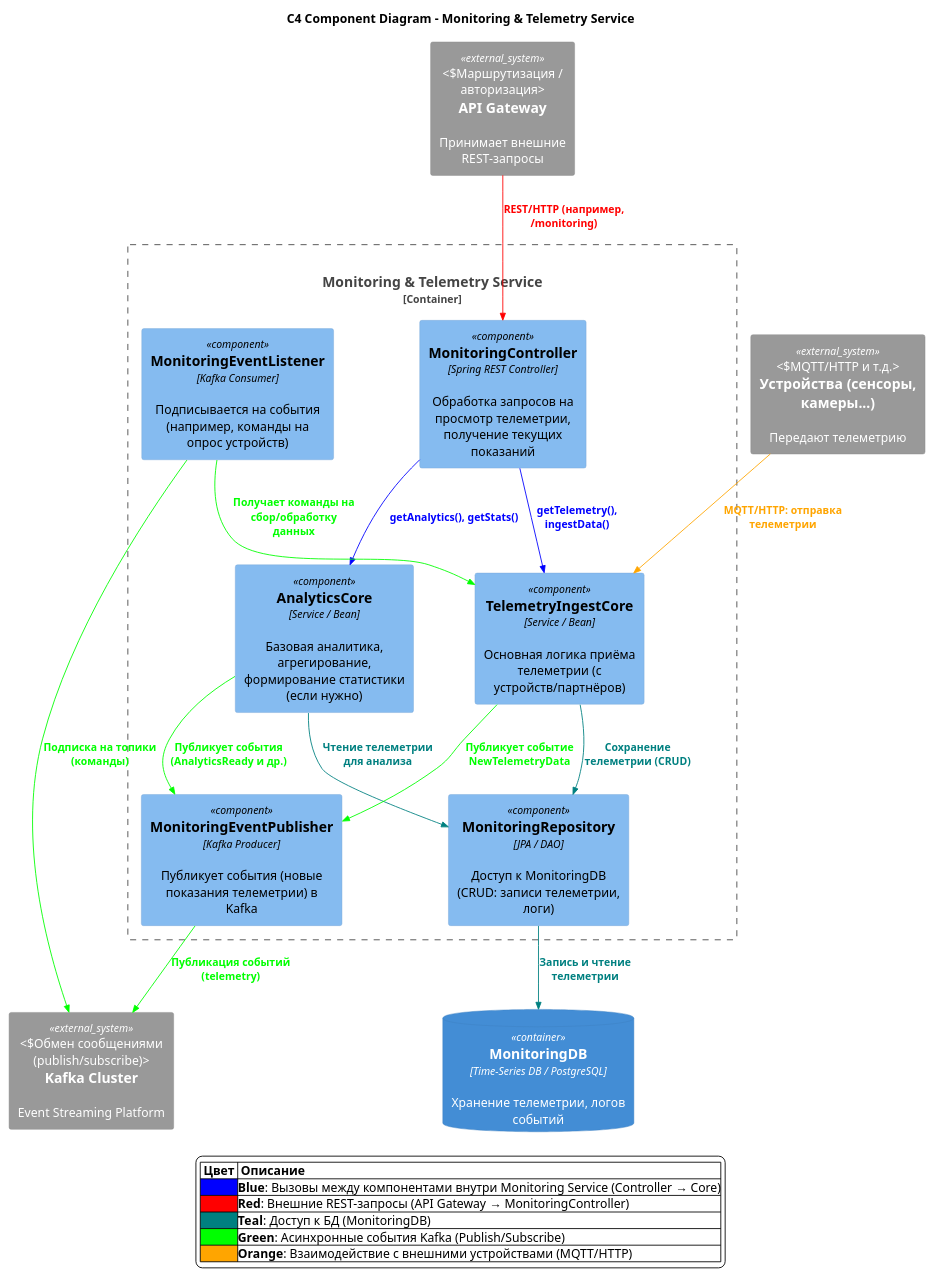
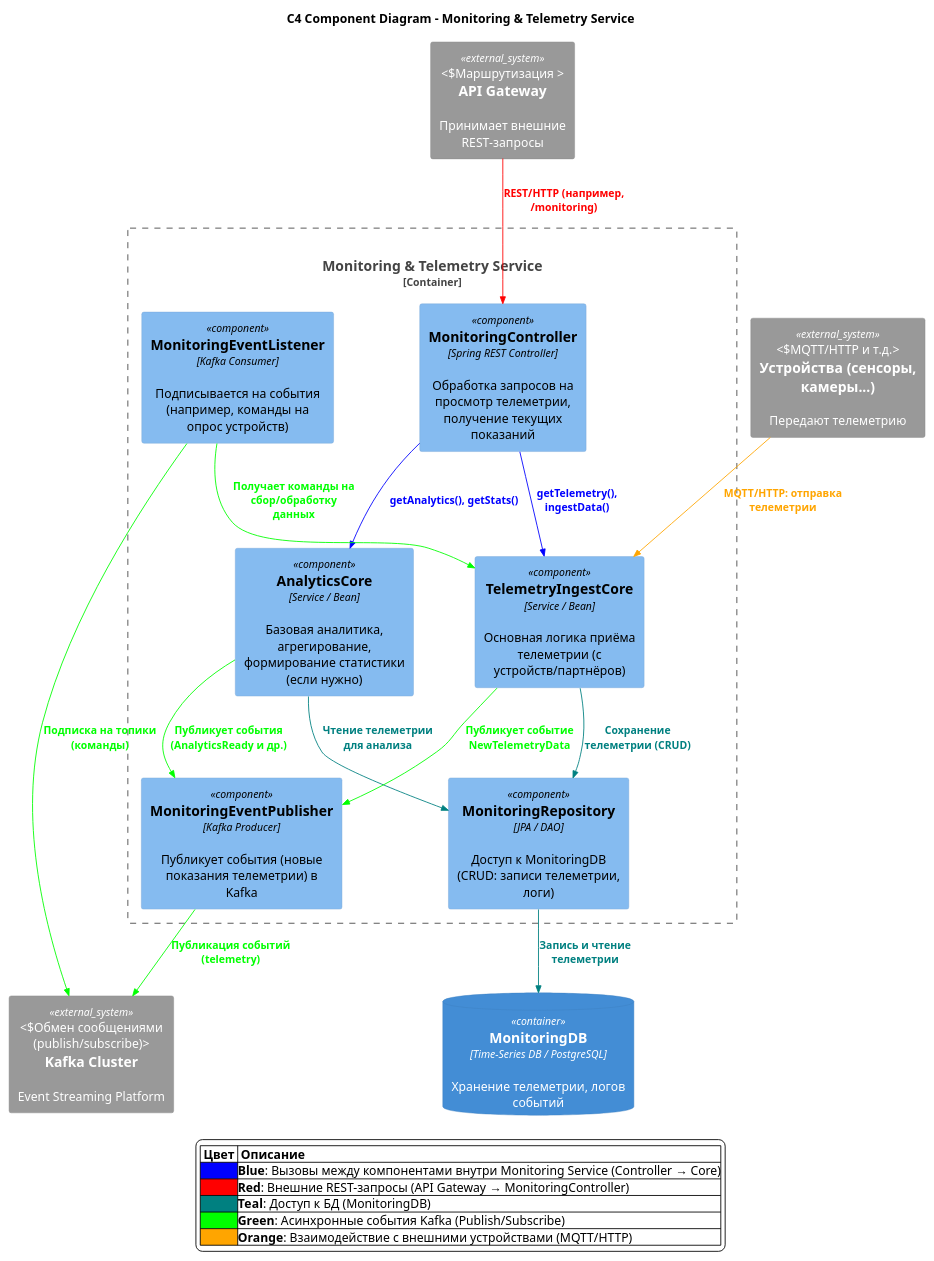
The diagram in docs/to_be/component_ms.puml (abryzgin/architecture-sprint-3), drawn with PlantUML before and after one commit. The commit also changed 5 other files, not shown here.

```diff
--- a/docs/to_be/component_ms.puml
+++ b/docs/to_be/component_ms.puml
@@ -1,74 +1,74 @@
 @startuml
 !include ../c4/C4_Component.puml
 
 ' Делаем связи по умолчанию чёрными
 UpdateRelStyle(black, black)
 
 ' Объявляем теги для цветных линий
 AddRelTag("blueLine",   $lineColor="#0000FF", $textColor="#0000FF")
 AddRelTag("redLine",    $lineColor="#FF0000", $textColor="#FF0000")
 AddRelTag("tealLine",   $lineColor="#008080", $textColor="#008080")
 AddRelTag("greenLine",  $lineColor="#00FF00", $textColor="#00FF00")
 AddRelTag("orangeLine", $lineColor="#FFA500", $textColor="#FFA500")
 
 title C4 Component Diagram – Monitoring & Telemetry Service
 
 ' -- Внешние объекты (за пределами monitoringService) --
-System_Ext(apiGateway, "API Gateway", "Принимает внешние REST-запросы", "Маршрутизация / авторизация")
+System_Ext(apiGateway, "API Gateway", "Принимает внешние REST-запросы", "Маршрутизация ")
 System_Ext(kafka, "Kafka Cluster", "Event Streaming Platform", "Обмен сообщениями (publish/subscribe)")
 System_Ext(partnerDevices, "Устройства (сенсоры, камеры...)", "Передают телеметрию", "MQTT/HTTP и т.д.")
 ContainerDb(monitoringDb, "MonitoringDB", "Time-Series DB / PostgreSQL", "Хранение телеметрии, логов событий")
 
 '
 ' --- Граница микросервиса Monitoring & Telemetry Service ---
 '
 Container_Boundary(monitoringService, "Monitoring & Telemetry Service", "Java/Spring Boot") {
     Component(monitoringController, "MonitoringController", "Spring REST Controller", "Обработка запросов на просмотр телеметрии, получение текущих показаний")
     Component(telemetryIngestCore, "TelemetryIngestCore", "Service / Bean", "Основная логика приёма телеметрии (с устройств/партнёров)")
     Component(analyticsCore, "AnalyticsCore", "Service / Bean", "Базовая аналитика, агрегирование, формирование статистики (если нужно)")
     Component(monitoringRepository, "MonitoringRepository", "JPA / DAO", "Доступ к MonitoringDB (CRUD: записи телеметрии, логи)")
     Component(eventListener, "MonitoringEventListener", "Kafka Consumer", "Подписывается на события (например, команды на опрос устройств)")
     Component(eventPublisher, "MonitoringEventPublisher", "Kafka Producer", "Публикует события (новые показания телеметрии) в Kafka")
 }
 
 '
 ' --- Связи внутри микросервиса (Boundary) ---
 '
 Rel(monitoringController, telemetryIngestCore, "getTelemetry(), ingestData()",           $tags="blueLine")
 Rel(monitoringController, analyticsCore,       "getAnalytics(), getStats()",             $tags="blueLine")
 Rel(telemetryIngestCore, monitoringRepository, "Сохранение телеметрии (CRUD)",           $tags="tealLine")
 Rel(analyticsCore,       monitoringRepository, "Чтение телеметрии для анализа",          $tags="tealLine")
 
 Rel(eventListener,       telemetryIngestCore,  "Получает команды на сбор/обработку данных", $tags="greenLine")
 Rel(telemetryIngestCore, eventPublisher,       "Публикует событие NewTelemetryData",       $tags="greenLine")
 Rel(analyticsCore,       eventPublisher,       "Публикует события (AnalyticsReady и др.)",  $tags="greenLine")
 
 '
 ' --- Связи с внешними системами ---
 '
 Rel(apiGateway, monitoringController, "REST/HTTP (например, /monitoring)", $tags="redLine")
 Rel(monitoringRepository, monitoringDb, "Запись и чтение телеметрии",       $tags="tealLine")
 
 Rel(eventListener, kafka,   "Подписка на топики (команды)",  $tags="greenLine")
 Rel(eventPublisher, kafka,  "Публикация событий (telemetry)",$tags="greenLine")
 
 ' Устройства партнёров напрямую отправляют телеметрию
 Rel(partnerDevices, telemetryIngestCore, "MQTT/HTTP: отправка телеметрии", $tags="orangeLine")
 
 '
 ' --- Легенда ---
 '
 skinparam legend {
   BackgroundColor #FFFFFF
   BorderColor #000000
   FontColor #000000
 }
 legend
 |= Цвет |= Описание |
 |<#0000FF>|**Blue**: Вызовы между компонентами внутри Monitoring Service (Controller → Core)|
 |<#FF0000>|**Red**: Внешние REST-запросы (API Gateway → MonitoringController)|
 |<#008080>|**Teal**: Доступ к БД (MonitoringDB)|
 |<#00FF00>|**Green**: Асинхронные события Kafka (Publish/Subscribe)|
 |<#FFA500>|**Orange**: Взаимодействие с внешними устройствами (MQTT/HTTP)|
 end legend
 @enduml
```
